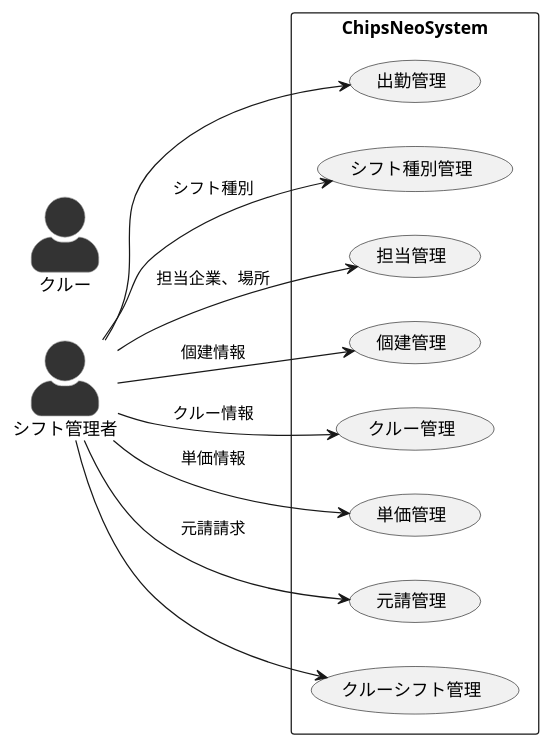
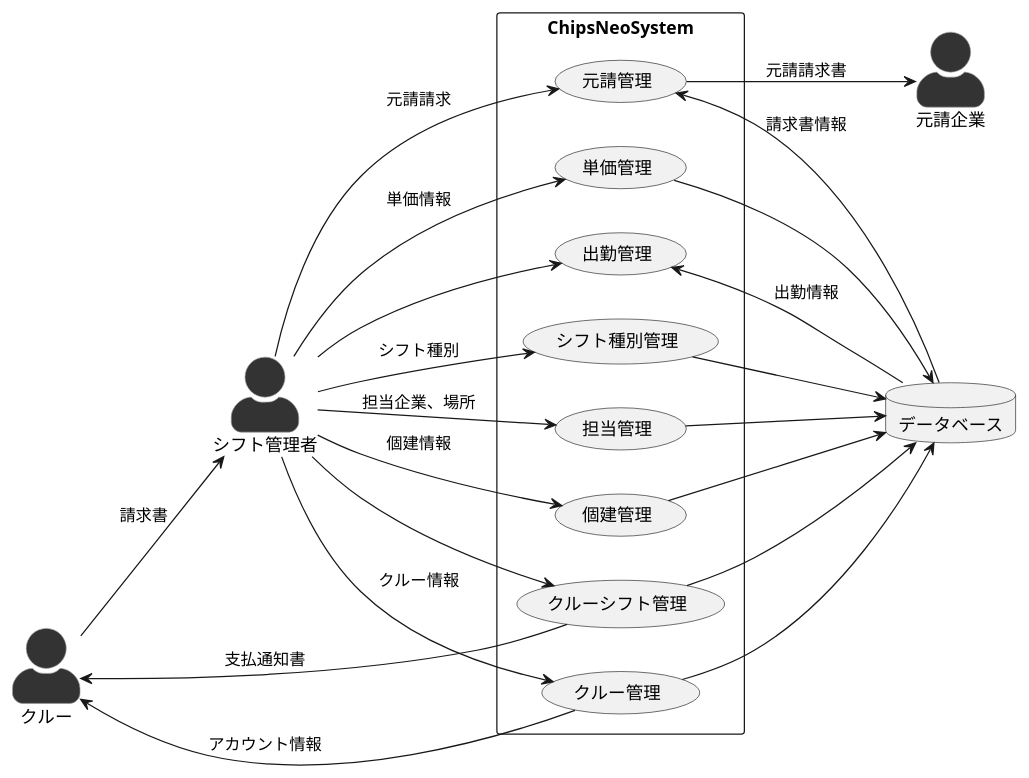
The diagram in usecase/user/manager.pu (IsseiClockWise/NeoMaterials), drawn with PlantUML before and after one commit. The commit also changed 1 other file, not shown here.

```diff
--- a/usecase/user/manager.pu
+++ b/usecase/user/manager.pu
@@ -1,34 +1,55 @@
 @startuml シフト管理者
 
 left to right direction
 skinparam actorStyle awesome
 skinparam actor {
     BackgroundColor #333333
     BorderColor #999999
 }
 actor シフト管理者 as manager
 actor クルー as crew
+actor 元請企業 as prime_contractor
 
 rectangle ChipsNeoSystem {
     usecase "出勤管理" as attendance
     usecase "シフト種別管理" as type
     usecase "担当管理" as charge
     usecase "個建管理" as individual
     usecase "クルー管理" as crew_manage
     usecase "単価管理" as unit_cost
-    usecase "元請管理" as prime_contractor
+    usecase "元請管理" as prime
     usecase "クルーシフト管理" as crew_shift
 }
 
+database データベース as data
+
+data --> attendance :出勤情報
 manager --> attendance
+
 manager --> type :シフト種別
+type --> data
+
 manager --> charge :担当企業、場所
+charge --> data
+
 manager --> individual :個建情報
+individual --> data
+
 manager --> crew_manage :クルー情報
+crew_manage --> data
+crew_manage --> crew :アカウント情報
+
 manager --> unit_cost :単価情報
-manager --> prime_contractor :元請請求
+unit_cost --> data
+
+manager --> prime :元請請求
+data --> prime :請求書情報
+prime --> prime_contractor :元請請求書
+
 manager --> crew_shift
-
+crew_shift --> data
+crew_shift --> crew :支払通知書
+crew --> manager :請求書
 
 
 @enduml
```
